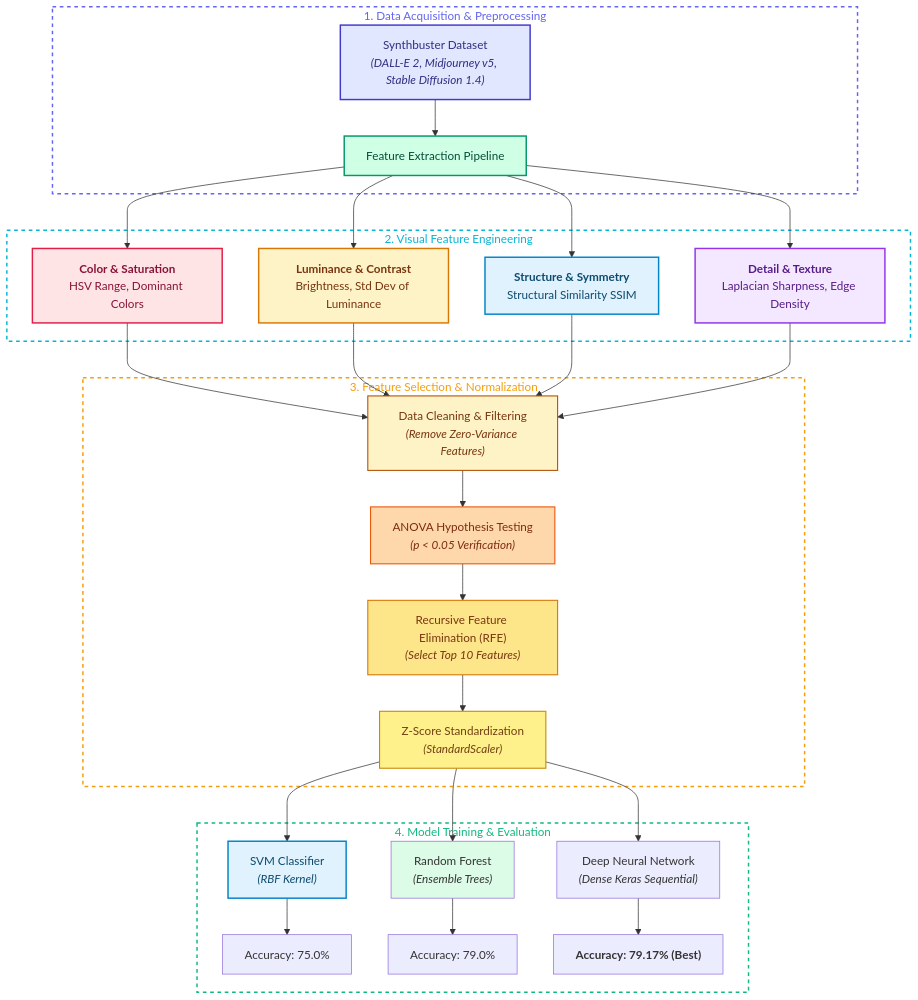
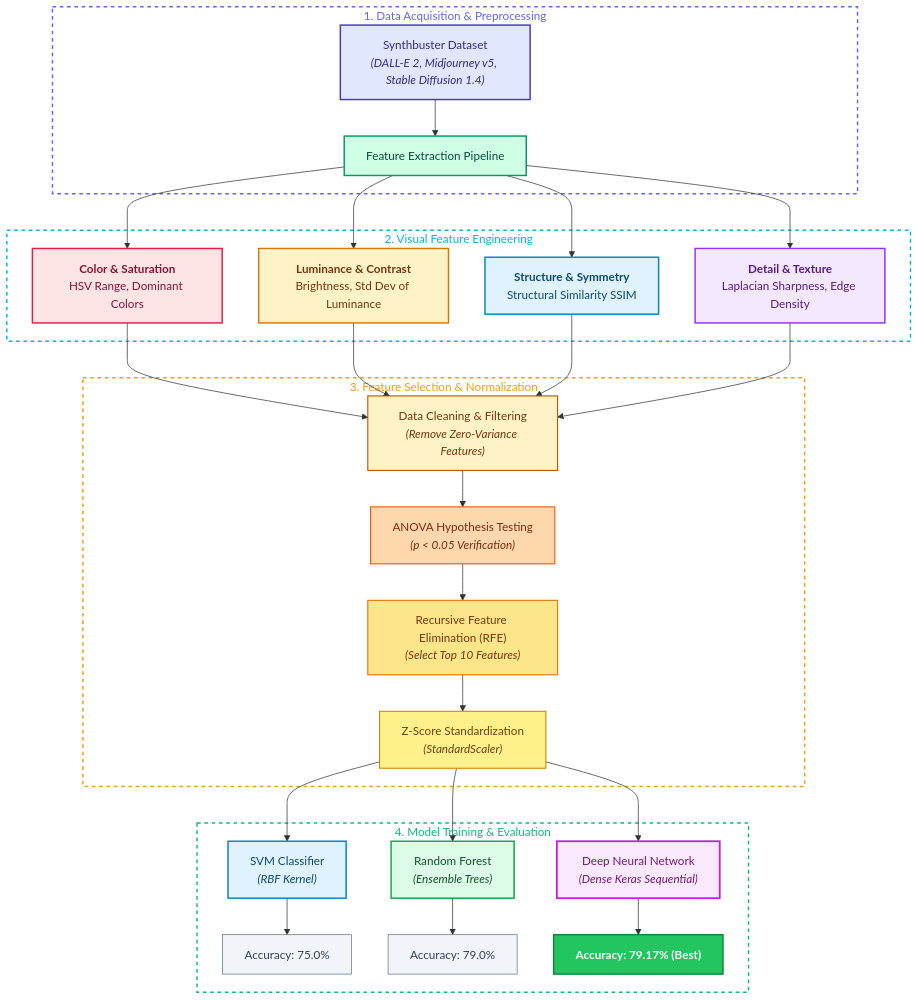
The diagram in README.md (Elif-ozge/Can-Diffusion-Models-Be-Visually-Distinguished-A-Feature-Based-Investigation), drawn with Mermaid before and after one commit.

Commit message:
Update styles for H2, H3, I1, I2, and I3 in README

````diff
--- a/README.md
+++ b/README.md
@@ -47,57 +47,62 @@
 ```mermaid
 graph TD
     %% Dataset & Preprocessing
     subgraph STEP1["1. Data Acquisition & Preprocessing"]
         A[" Synthbuster Dataset<br/><i>(DALL-E 2, Midjourney v5, Stable Diffusion 1.4)</i>"] --> B[" Feature Extraction Pipeline"]
     end
 
     %% Feature Extraction Breakdown
     subgraph STEP2["2. Visual Feature Engineering"]
         B --> C1[" <b>Color & Saturation</b><br/>HSV Range, Dominant Colors"]
         B --> C2[" <b>Luminance & Contrast</b><br/>Brightness, Std Dev of Luminance"]
         B --> C3[" <b>Structure & Symmetry</b><br/>Structural Similarity SSIM"]
         B --> C4[" <b>Detail & Texture</b><br/>Laplacian Sharpness, Edge Density"]
     end
 
     %% Feature Selection & Normalization
     subgraph STEP3["3. Feature Selection & Normalization"]
         C1 & C2 & C3 & C4 --> D[" Data Cleaning & Filtering<br/><i>(Remove Zero-Variance Features)</i>"]
         D --> E[" ANOVA Hypothesis Testing<br/><i>(p < 0.05 Verification)</i>"]
         E --> F[" Recursive Feature Elimination (RFE)<br/><i>(Select Top 10 Features)</i>"]
         F --> G[" Z-Score Standardization<br/><i>(StandardScaler)</i>"]
     end
 
     %% Modeling & Classification
     subgraph STEP4["4. Model Training & Evaluation"]
         G --> H1[" SVM Classifier<br/><i>(RBF Kernel)</i>"]
         G --> H2[" Random Forest<br/><i>(Ensemble Trees)</i>"]
         G --> H3[" Deep Neural Network<br/><i>(Dense Keras Sequential)</i>"]
 
         H1 --> I1["Accuracy: 75.0%"]
         H2 --> I2["Accuracy: 79.0%"]
         H3 --> I3[" <b>Accuracy: 79.17% (Best)</b>"]
     end
 
     %% Transparent background for subgraphs
     style STEP1 fill:none,stroke:#6366f1,stroke-width:2px,stroke-dasharray: 5 5,color:#6366f1
     style STEP2 fill:none,stroke:#06b6d4,stroke-width:2px,stroke-dasharray: 5 5,color:#06b6d4
     style STEP3 fill:none,stroke:#f59e0b,stroke-width:2px,stroke-dasharray: 5 5,color:#f59e0b
     style STEP4 fill:none,stroke:#10b981,stroke-width:2px,stroke-dasharray: 5 5,color:#10b981
 
     %% Colorful Node Styles
     style A fill:#e0e7ff,stroke:#4338ca,stroke-width:2px,color:#312e81
     style B fill:#cfffe5,stroke:#059669,stroke-width:2px,color:#064e3b
 
     style C1 fill:#ffe4e6,stroke:#e11d48,stroke-width:2px,color:#881337
     style C2 fill:#fef3c7,stroke:#d97706,stroke-width:2px,color:#78350f
     style C3 fill:#e0f2fe,stroke:#0284c7,stroke-width:2px,color:#0c4a6e
     style C4 fill:#f3e8ff,stroke:#9333ea,stroke-width:2px,color:#581c87
 
     style D fill:#fef3c7,stroke:#b45309,stroke-width:1.5px,color:#78350f
     style E fill:#fed7aa,stroke:#ea580c,stroke-width:1.5px,color:#7c2d12
     style F fill:#fde68a,stroke:#d97706,stroke-width:1.5px,color:#78350f
     style G fill:#fef08a,stroke:#ca8a04,stroke-width:1.5px,color:#713f12
 
     style H1 fill:#e0f2fe,stroke:#0284c7,stroke-width:2px,color:#0c4a6e
-    style H2 fill:#dcfce7,stroke
+    style H2 fill:#dcfce7,stroke:#16a34a,stroke-width:2px,color:#14532d
+    style H3 fill:#fae8ff,stroke:#c026d3,stroke-width:2.5px,color:#701a75
+
+    style I1 fill:#f1f5f9,stroke:#64748b,color:#334155
+    style I2 fill:#f1f5f9,stroke:#64748b,color:#334155
+    style I3 fill:#22c55e,stroke:#15803d,stroke-width:2px,color:#ffffff,font-weight:bold
 ```
````
